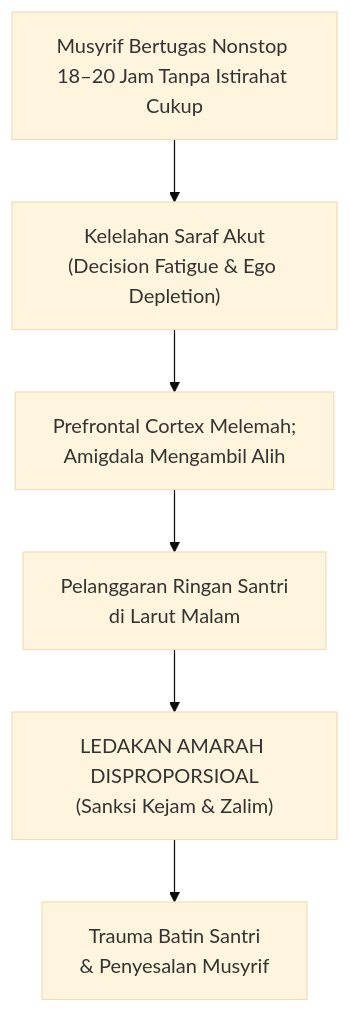
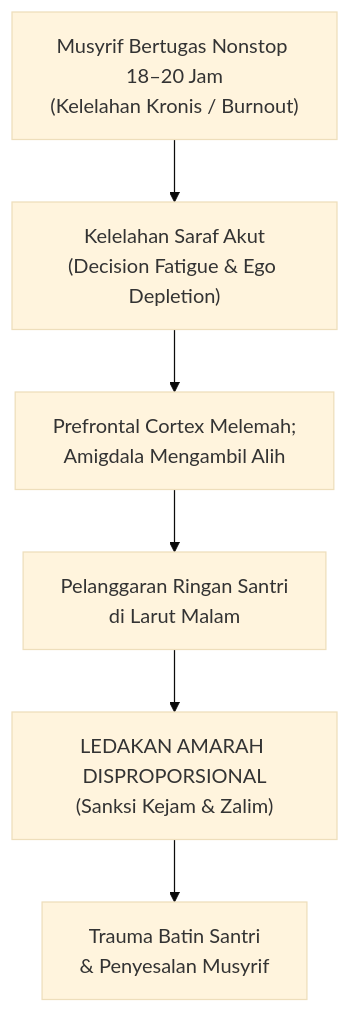
One commit to wandiapriliyandi/tumbuh changed the first of 4 diagrams in BOOK Series 1/01-The-Fundamental-of-TUMBUH/Bab-09-Tata-Kelola-Epistemik-dan-Etika-Pengambilan-Keputusan.md. Above: the diagram before and after it, drawn with Mermaid (base theme). The commit also changed other lines of this file and 34 other files, not shown here.

Commit message:
fix(book-01): audit menyeluruh 20 bab, perapihan diagram dan sinkronisasi 100% catatan kaki

````diff
--- a/BOOK Series 1/01-The-Fundamental-of-TUMBUH/Bab-09-Tata-Kelola-Epistemik-dan-Etika-Pengambilan-Keputusan.md
+++ b/BOOK Series 1/01-The-Fundamental-of-TUMBUH/Bab-09-Tata-Kelola-Epistemik-dan-Etika-Pengambilan-Keputusan.md
@@ -25,8 +25,8 @@
 ```mermaid
 graph TD
-    A["Musyrif Bertugas Nonstop 18–20 Jam Tanpa Istirahat Cukup"] --> B["Kelelahan Saraf Akut<br/>(Decision Fatigue & Ego Depletion)"]
+    A["Musyrif Bertugas Nonstop 18–20 Jam<br/>(Kelelahan Kronis / Burnout)"] --> B["Kelelahan Saraf Akut<br/>(Decision Fatigue & Ego Depletion)"]
     B --> C["Prefrontal Cortex Melemah;<br/>Amigdala Mengambil Alih"]
+    D --> E["LEDAKAN AMARAH DISPROPORSIONAL<br/>(Sanksi Kejam & Zalim)"]
     C --> D["Pelanggaran Ringan Santri<br/>di Larut Malam"]
-    D --> E["LEDAKAN AMARAH DISPROPORSIOAL<br/>(Sanksi Kejam & Zalim)"]
     E --> F["Trauma Batin Santri<br/>& Penyesalan Musyrif"]
 ```
````
